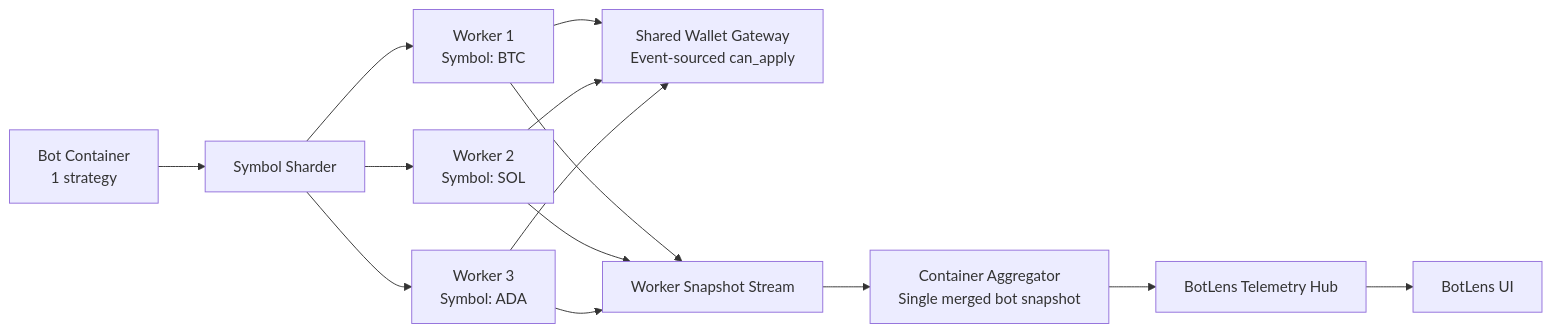
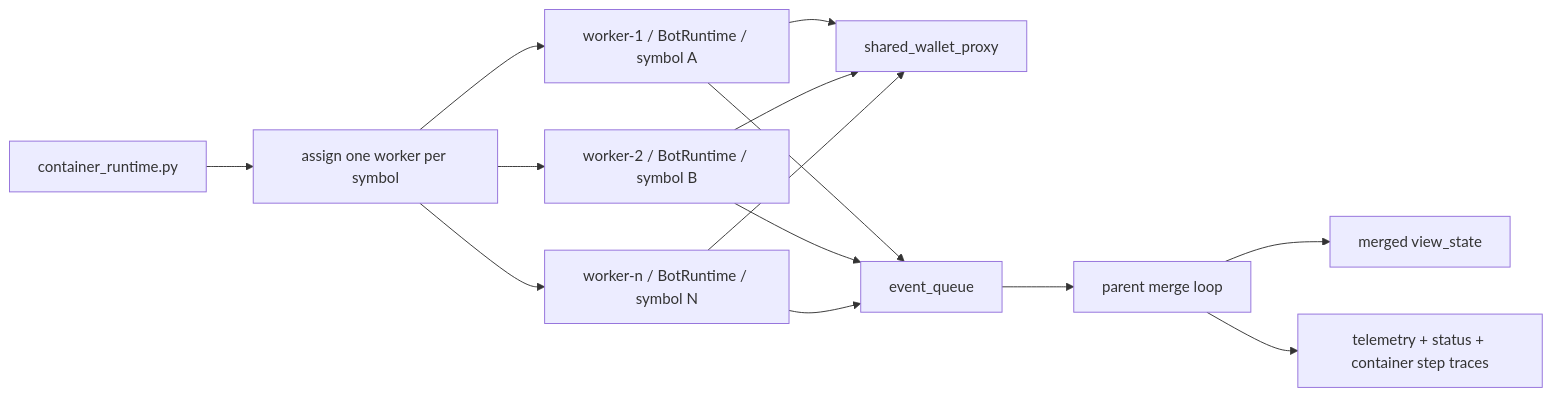
The diagram in docs/architecture/BOT_RUNTIME_SYMBOL_SHARDING_ARCHITECTURE.md (elijahbrookss/quant-trad), drawn with Mermaid before and after one commit. The commit also changed other lines of this file and 4 other files, not shown here.

Commit message:
Update bot runtime architecture docs to match current engine, service, and sharding flow

````diff
--- a/docs/architecture/BOT_RUNTIME_SYMBOL_SHARDING_ARCHITECTURE.md
+++ b/docs/architecture/BOT_RUNTIME_SYMBOL_SHARDING_ARCHITECTURE.md
@@ -172,19 +31,16 @@
 ```mermaid
 flowchart LR
-    A[Bot Container\n1 strategy] --> B[Symbol Sharder]
-    B --> C1[Worker 1\nSymbol: BTC]
-    B --> C2[Worker 2\nSymbol: SOL]
-    B --> C3[Worker 3\nSymbol: ADA]
-
-    C1 --> D[Shared Wallet Gateway\nEvent-sourced can_apply]
+    A[container_runtime.py] --> B[assign one worker per symbol]
+    B --> C1[worker-1 / BotRuntime / symbol A]
+    B --> C2[worker-2 / BotRuntime / symbol B]
+    B --> C3[worker-n / BotRuntime / symbol N]
+    C1 --> D[shared_wallet_proxy]
     C2 --> D
     C3 --> D
-
-    C1 --> E[Worker Snapshot Stream]
+    C1 --> E[event_queue]
     C2 --> E
     C3 --> E
-
-    E --> F[Container Aggregator\nSingle merged bot snapshot]
-    F --> G[BotLens Telemetry Hub]
-    G --> H[BotLens UI]
+    E --> F[parent merge loop]
+    F --> G[merged view_state]
+    F --> H[telemetry + status + container step traces]
 ```
````
